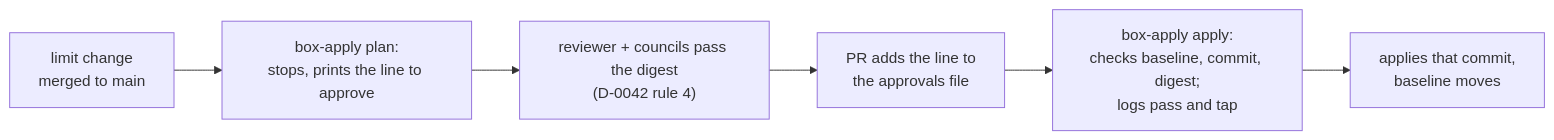
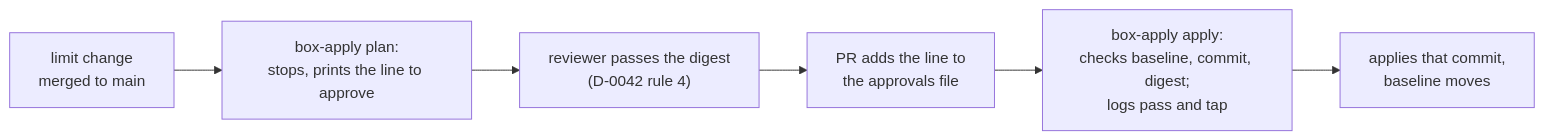
One commit to jonhill90/central-hub changed the diagram in docs/decisions/0044-let-the-agent-box-apply-limit-changes-main-approves-by-digest.md. Above: the diagram before and after it, drawn with Mermaid. The commit also changed other lines of this file and 11 other files, not shown here.

````diff
--- a/docs/decisions/0044-let-the-agent-box-apply-limit-changes-main-approves-by-digest.md
+++ b/docs/decisions/0044-let-the-agent-box-apply-limit-changes-main-approves-by-digest.md
@@ -58,8 +58,8 @@
 ```mermaid
 flowchart LR
   pr["limit change<br/>merged to main"] --> plan["box-apply plan:<br/>stops, prints the line to approve"]
-  plan --> pass["reviewer + councils pass the digest<br/>(D-0042 rule 4)"]
+  plan --> pass["reviewer passes the digest<br/>(D-0042 rule 4)"]
   pass --> line["PR adds the line to<br/>the approvals file"]
   line --> apply["box-apply apply:<br/>checks baseline, commit, digest;<br/>logs pass and tap"]
   apply --> done["applies that commit,<br/>baseline moves"]
 ```
````
